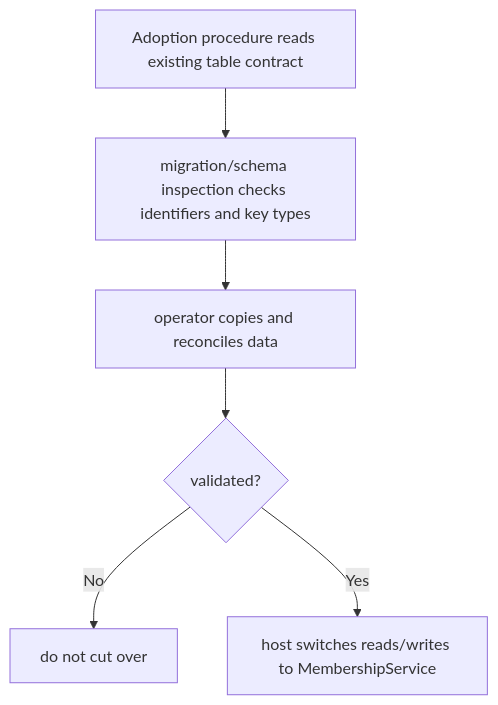
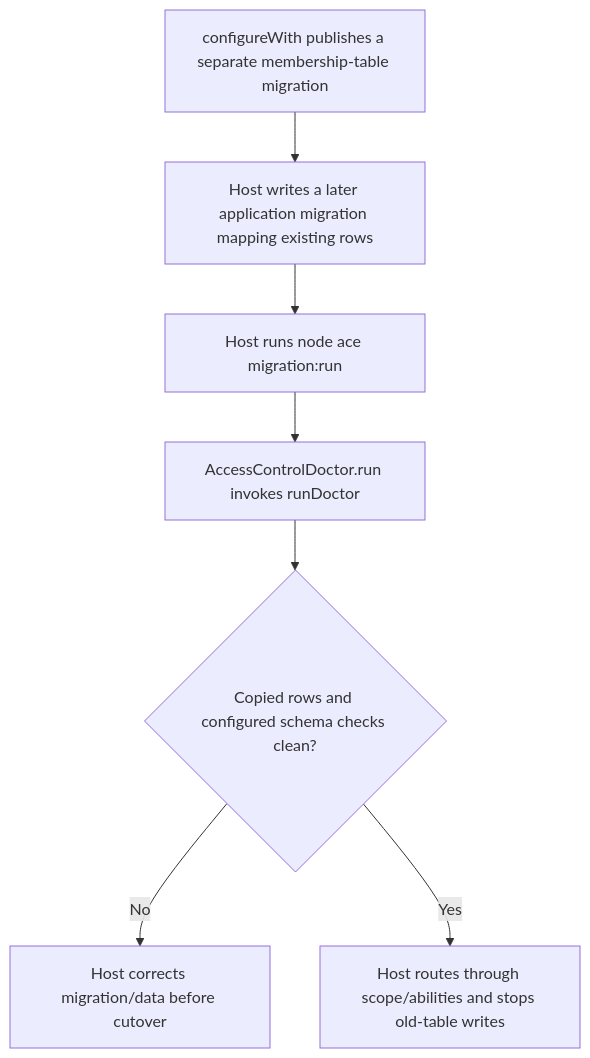
The second of 2 diagrams in user-stories/US-ACCESS-15-adopt-existing-memberships.md (Kevinjohn/oss-adonisjs-access-control), drawn with Mermaid before and after one commit. The commit also changed other lines of this file and 6 other files, not shown here.

````diff
--- a/user-stories/US-ACCESS-15-adopt-existing-memberships.md
+++ b/user-stories/US-ACCESS-15-adopt-existing-memberships.md
@@ -32,8 +32,9 @@
 ```mermaid
 flowchart TD
-    A["Adoption procedure reads existing table contract"] --> B["migration/schema inspection checks identifiers and key types"]
-    B --> C["operator copies and reconciles data"]
-    C --> D{"validated?"}
-    D -->|No| E["do not cut over"]
-    D -->|Yes| F["host switches reads/writes to MembershipService"]
+    A["configureWith publishes a separate membership-table migration"] --> B["Host writes a later application migration mapping existing rows"]
+    B --> C["Host runs node ace migration:run"]
+    C --> D["AccessControlDoctor.run invokes runDoctor"]
+    D --> E{"Copied rows and configured schema checks clean?"}
+    E -->|No| F["Host corrects migration/data before cutover"]
+    E -->|Yes| G["Host routes through scope/abilities and stops old-table writes"]
 ```
````
